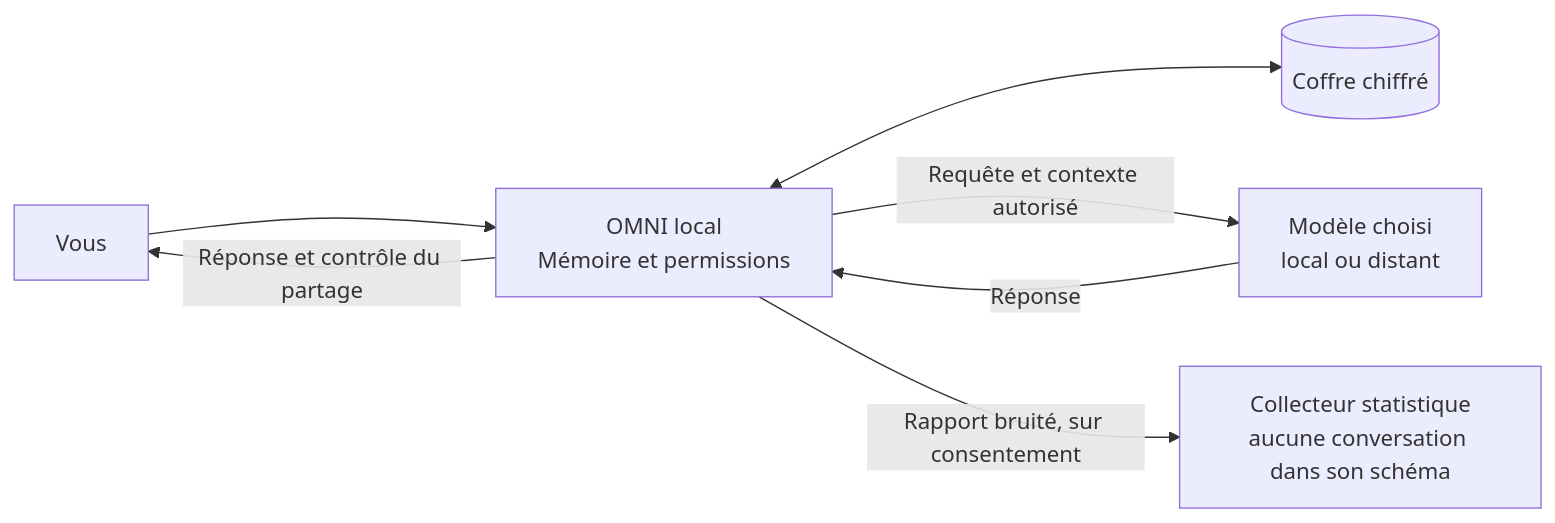
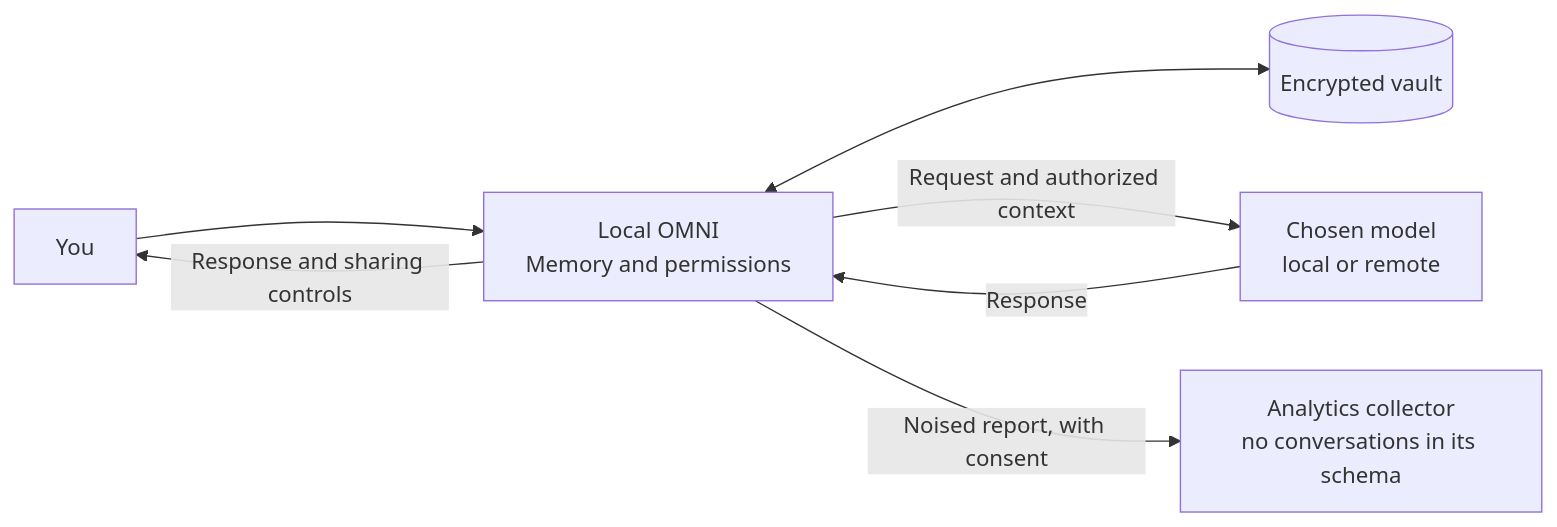
One commit to nabz0r/OMNI-OS changed the diagram in README.md. Above: the diagram before and after it, drawn with Mermaid. The commit also changed other lines of this file and 11 other files, not shown here.

````diff
--- a/README.md
+++ b/README.md
@@ -45,9 +45,9 @@
 ```mermaid
 flowchart LR
-  User["Vous"] --> Omni["OMNI local<br/>Mémoire et permissions"]
-  Omni <--> Vault[("Coffre chiffré")]
-  Omni -->|"Requête et contexte autorisé"| Model["Modèle choisi<br/>local ou distant"]
-  Model -->|"Réponse"| Omni
-  Omni -->|"Réponse et contrôle du partage"| User
-  Omni -->|"Rapport bruité, sur consentement"| Stats["Collecteur statistique<br/>aucune conversation dans son schéma"]
+  User["You"] --> Omni["Local OMNI<br/>Memory and permissions"]
+  Omni <--> Vault[("Encrypted vault")]
+  Omni -->|"Request and authorized context"| Model["Chosen model<br/>local or remote"]
+  Model -->|"Response"| Omni
+  Omni -->|"Response and sharing controls"| User
+  Omni -->|"Noised report, with consent"| Stats["Analytics collector<br/>no conversations in its schema"]
 ```
````
